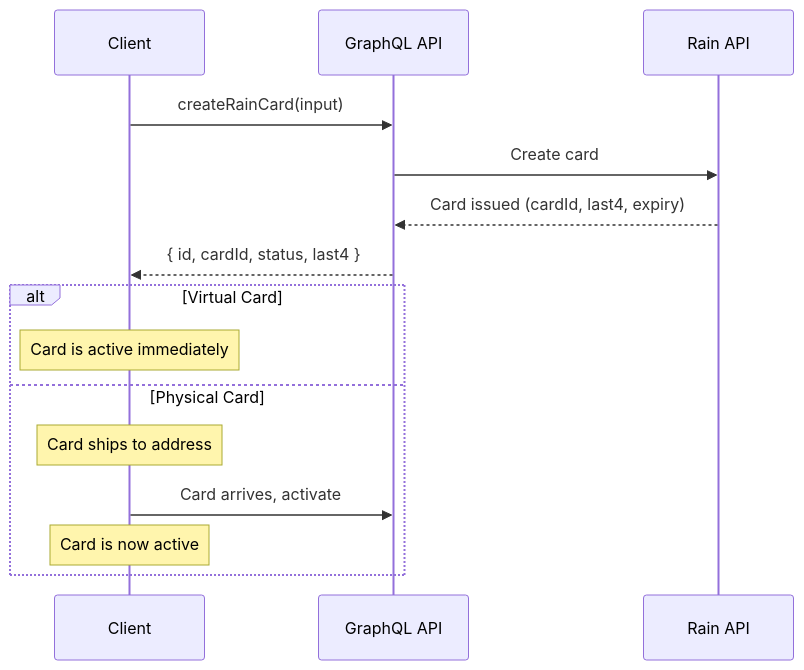
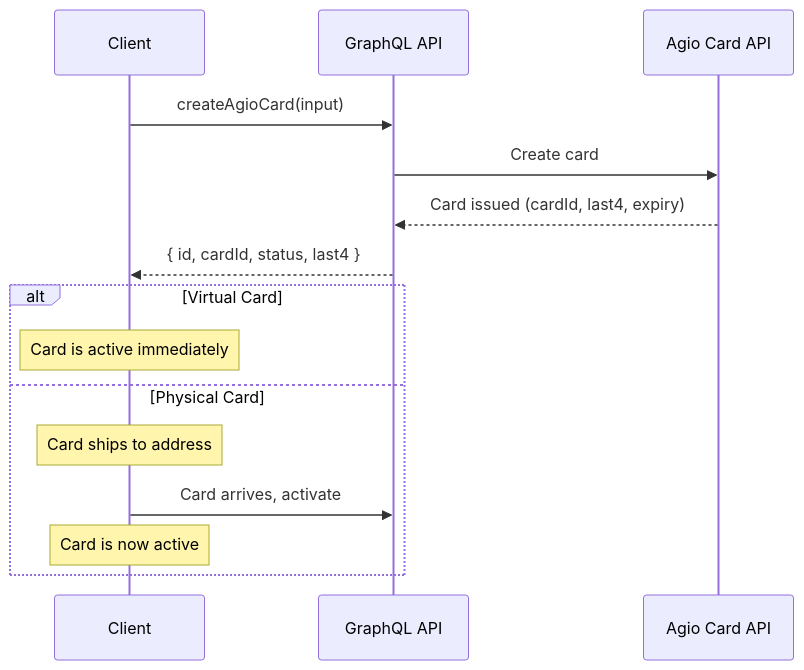
Before and after one commit to agio-digital/agio-docs: the first of 2 diagrams in docs/pages/guides/cards/create.md, drawn with Mermaid. The commit also changed other lines of this file and 18 other files, not shown here.

First line of the commit message:
refactor: rebrand Rain → Agio Cards across all docs

````diff
--- a/docs/pages/guides/cards/create.md
+++ b/docs/pages/guides/cards/create.md
@@ -13,19 +13,19 @@
 ```mermaid
 sequenceDiagram
     participant Client
     participant API as GraphQL API
-    participant Rain as Rain API
+    participant Agio as Agio Card API
 
-    Client->>API: createRainCard(input)
-    API->>Rain: Create card
-    Rain-->>API: Card issued (cardId, last4, expiry)
+    Client->>API: createAgioCard(input)
+    API->>Agio: Create card
+    Agio-->>API: Card issued (cardId, last4, expiry)
     API-->>Client: { id, cardId, status, last4 }
 
     alt Virtual Card
         Note over Client: Card is active immediately
     else Physical Card
         Note over Client: Card ships to address
         Client->>API: Card arrives, activate
         Note over Client: Card is now active
     end
 ```
````
